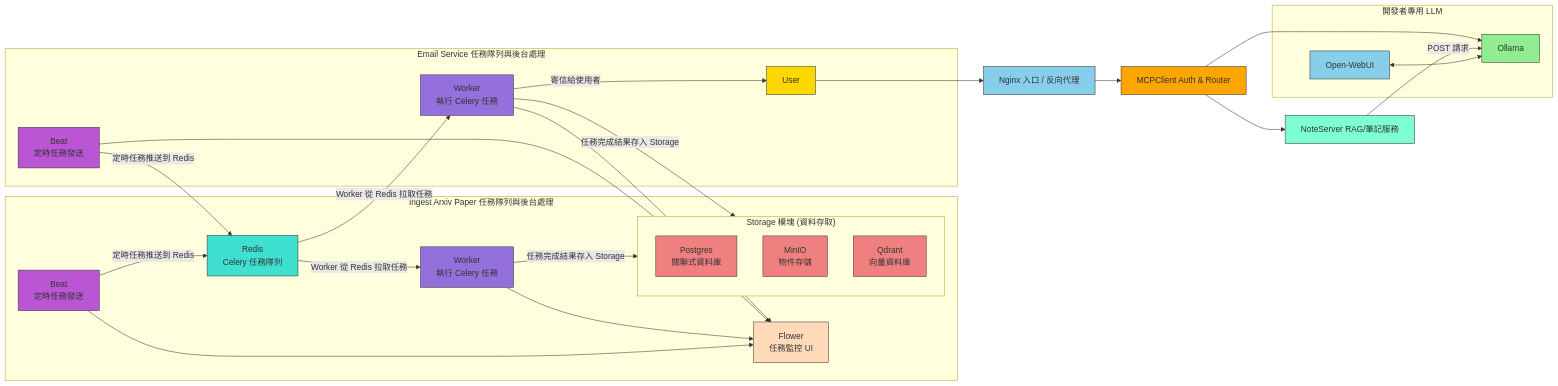
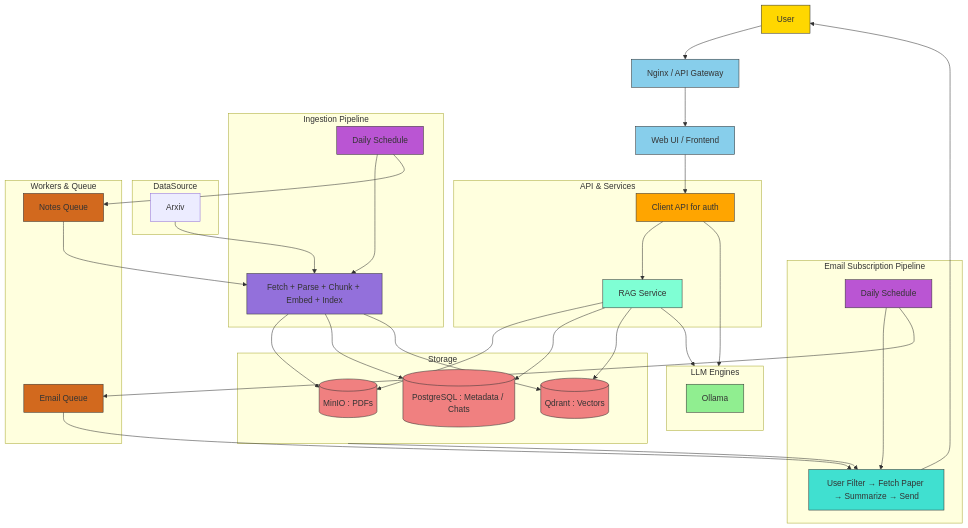
Before and after one commit to a920604a/llm-assistant: the diagram in README.MD, drawn with Mermaid. The commit also changed other lines of this file and 5 other files, not shown here.

````diff
--- a/README.MD
+++ b/README.MD
@@ -88,71 +89,100 @@
 ```mermaid
-flowchart LR
-    %% ===== 使用者入口 =====
-    User[User]:::user --> nginx[Nginx 入口 / 反向代理]:::frontend
+flowchart TB
+%% ======================
+%% 使用者入口
+%% ======================
+User[User]:::user --> Nginx[Nginx / API Gateway]:::frontend
+Nginx --> Client[Web UI / Frontend]:::frontend
 
-    %% ===== 認證與路由 =====
-    nginx --> mcpclient[MCPClient Auth & Router]:::auth
+%% ======================
+%% API & Services
+%% ======================
+subgraph API[API & Services]
+  FastAPI[Client API for auth]:::api
+  NoteServer[RAG Service]:::service
+end
 
-    %% ===== MCPClient 分派服務 =====
-    mcpclient --> noteserver[NoteServer RAG/筆記服務]:::service
-    mcpclient --> ollama_dev[Ollama LLM API]:::llm
-    noteserver --> |POST 請求| ollama_dev
+Client --> FastAPI
+FastAPI --> NoteServer
 
-    %% ===== Storage 模塊 =====
-    subgraph Storage["Storage 模塊 (資料存取)"]
-        note_db[Postgres<br/>關聯式資料庫]:::storage
-        note_storage[MinIO<br/>物件存儲]:::storage
-        note_qdrant[Qdrant<br/>向量資料庫]:::storage
-    end
+%% ======================
+%% Storage
+%% ======================
+subgraph Storage[Storage]
+  MinIO[(MinIO : PDFs)]:::storage
+  PostgreSQL[(PostgreSQL : Metadata / Chats)]:::storage
+  Qdrant[(Qdrant : Vectors)]:::storage
+end
 
-    %% Flower 與 Redis 共用
-    flower[Flower<br/>任務監控 UI]:::monitor
-    redis[Redis<br/>Celery 任務隊列]:::queue
+NoteServer --> MinIO
+NoteServer --> PostgreSQL
+NoteServer --> Qdrant
+FastAPI    --> LLM
+NoteServer --> LLM
 
-    %% ===== Ingest Arxiv TaskWorker =====
-    subgraph TaskWorker1["Ingest Arxiv Paper 任務隊列與後台處理"]
-        worker[Worker<br/>執行 Celery 任務]:::worker
-        beat[Beat<br/>定時任務發送]:::beat
+%% ======================
+%% LLM
+%% ======================
+subgraph LLM[LLM Engines]
+  Ollama[Ollama]:::llm
+end
 
-        %% 任務流程
-        beat -->|定時任務推送到 Redis| redis
-        redis -->|Worker 從 Redis 拉取任務| worker
-        worker -->|任務完成結果存入 Storage| Storage
-        worker --> flower
-        beat --> flower
-    end
+%% ======================
+%% Ingestion Pipeline (Routine 1)
+%% ======================
+subgraph Ingest[Ingestion Pipeline]
+  Scheduler[Daily Schedule]:::scheduler
+  IngestFlow[Fetch + Parse + Chunk + Embed + Index]:::pipeline1
+end
 
-    %% ===== Email Service TaskWorker =====
-    subgraph TaskWorker2["Email Service 任務隊列與後台處理"]
-        worker2[Worker<br/>執行 Celery 任務]:::worker
-        beat2[Beat<br/>定時任務發送]:::beat
+subgraph Data[DataSource]
+Arxiv
+end
+Arxiv --> IngestFlow
+Scheduler --> IngestFlow
+IngestFlow --> MinIO
+IngestFlow --> PostgreSQL
+IngestFlow --> Qdrant
 
-        %% 任務流程
-        beat2 -->|定時任務推送到 Redis| redis
-        redis -->|Worker 從 Redis 拉取任務| worker2
-        worker2 -->|任務完成結果存入 Storage| Storage
-        worker2 -->|寄信給使用者| User
-        worker2 --> flower
-        beat2 --> flower
-    end
+%% ======================
+%% Email Subscription Pipeline (Routine 2)
+%% ======================
+subgraph Subscription[Email Subscription Pipeline]
+  SubSched[Daily Schedule]:::scheduler
+  SubFlow[User Filter → Fetch Paper → Summarize → Send]:::pipeline2
+end
 
-    %% ===== 開發者專用 LLM =====
-    subgraph AIAgent["開發者專用 LLM"]
-        openwebui[Open-WebUI]:::frontend
-        ollama_dev[Ollama]:::llm
-        openwebui <--> ollama_dev
-    end
+SubSched --> SubFlow
+Storage --> SubFlow
+SubFlow --> User
 
-    %% ===== 模塊顏色 =====
-    classDef user fill:#FFD700,stroke:#333,stroke-width:1px
-    classDef frontend fill:#87CEEB,stroke:#333,stroke-width:1px
-    classDef auth fill:#FFA500,stroke:#333,stroke-width:1px
-    classDef service fill:#7FFFD4,stroke:#333,stroke-width:1px
-    classDef storage fill:#F08080,stroke:#333,stroke-width:1px
-    classDef worker fill:#9370DB,stroke:#333,stroke-width:1px
-    classDef beat fill:#BA55D3,stroke:#333,stroke-width:1px
-    classDef queue fill:#40E0D0,stroke:#333,stroke-width:1px
-    classDef monitor fill:#FFDAB9,stroke:#333,stroke-width:1px
-    classDef llm fill:#90EE90,stroke:#333,stroke-width:1px
+%% ======================
+%% Workers & Queue
+%% ======================
+subgraph Worker[Workers & Queue]
+  Queue1[Notes Queue]:::queue
+  Queue2[Email Queue]:::queue
+end
+
+Scheduler --> Queue1
+SubSched --> Queue2
+Queue1 --> IngestFlow
+Queue2 --> SubFlow
+
+%% ======================
+%% 顏色樣式
+%% ======================
+classDef user fill:#FFD700,stroke:#333,stroke-width:1px
+classDef frontend fill:#87CEEB,stroke:#333,stroke-width:1px
+classDef api fill:#FFA500,stroke:#333,stroke-width:1px
+classDef service fill:#7FFFD4,stroke:#333,stroke-width:1px
+classDef storage fill:#F08080,stroke:#333,stroke-width:1px
+classDef pipeline1 fill:#9370DB,stroke:#333,stroke-width:1px
+classDef pipeline2 fill:#40E0D0,stroke:#333,stroke-width:1px
+classDef scheduler fill:#BA55D3,stroke:#333,stroke-width:1px
+classDef llm fill:#90EE90,stroke:#333,stroke-width:1px
+classDef queue fill:#D2691E,stroke:#333,stroke-width:1px
+classDef data fill:#C0C0C0,stroke:#333,stroke-width:1px
+
 
 ```
````
